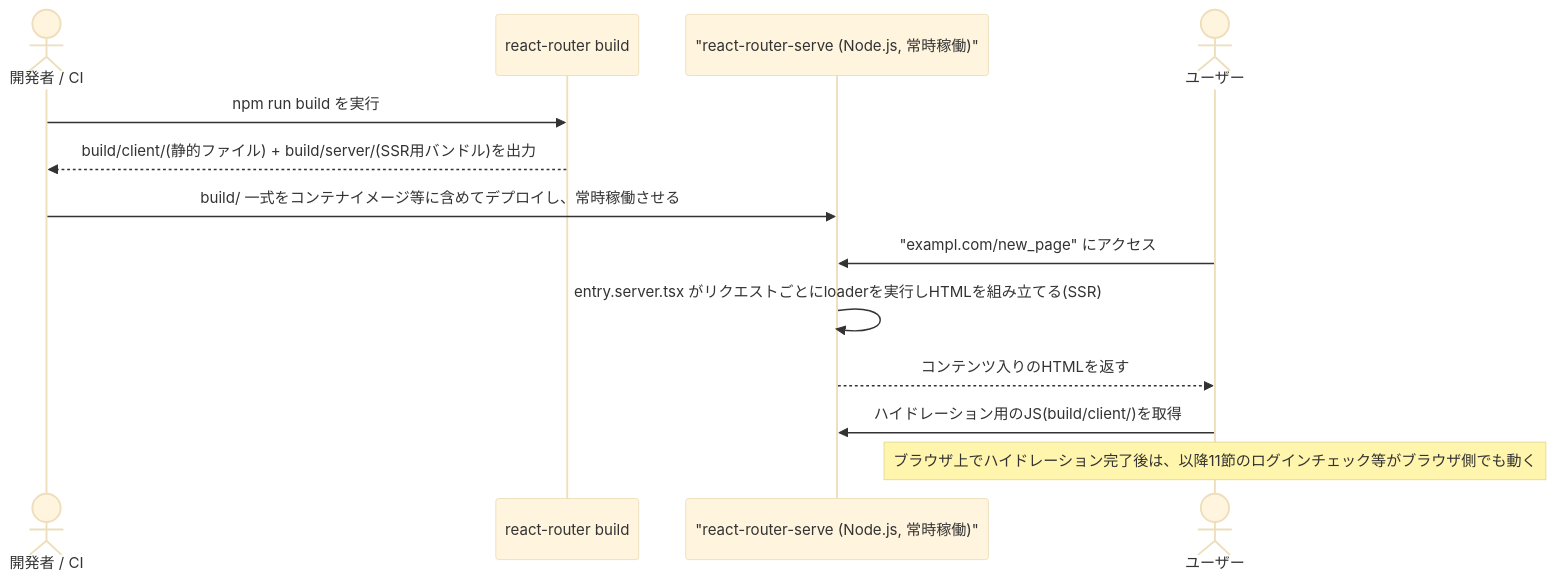
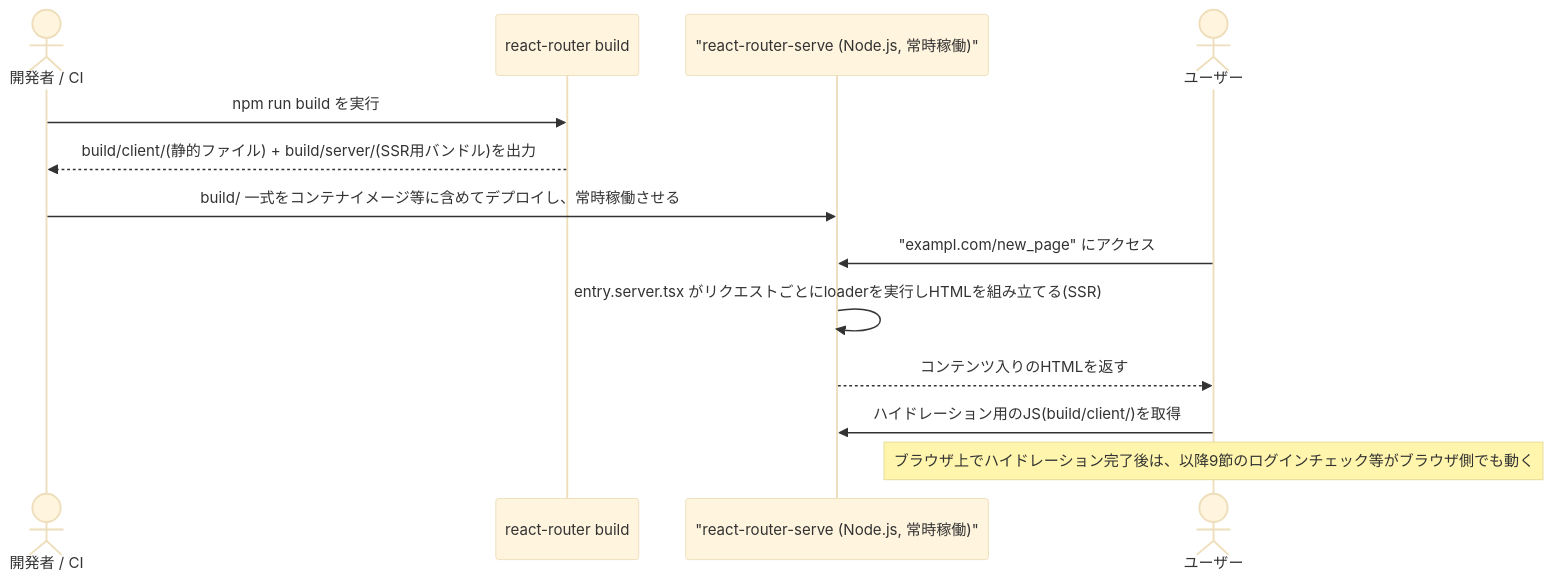
One commit to to0526/rr8-rails-poc changed the sixth of 6 diagrams in docs/frontend-guide-for-rails-engineers.md. Above: the diagram before and after it, drawn with Mermaid (base theme). The commit also changed other lines of this file, not shown here.

````diff
--- a/docs/frontend-guide-for-rails-engineers.md
+++ b/docs/frontend-guide-for-rails-engineers.md
@@ -896,17 +808,17 @@
 ```mermaid
 sequenceDiagram
     actor Dev as 開発者 / CI
     participant Build as react-router build
     participant Server as "react-router-serve (Node.js, 常時稼働)"
     actor User as ユーザー
 
     Dev->>Build: npm run build を実行
     Build-->>Dev: build/client/(静的ファイル) + build/server/(SSR用バンドル)を出力
     Dev->>Server: build/ 一式をコンテナイメージ等に含めてデプロイし、常時稼働させる
 
     User->>Server: "exampl.com/new_page" にアクセス
     Server->>Server: entry.server.tsx がリクエストごとにloaderを実行しHTMLを組み立てる(SSR)
     Server-->>User: コンテンツ入りのHTMLを返す
     User->>Server: ハイドレーション用のJS(build/client/)を取得
-    Note over User: ブラウザ上でハイドレーション完了後は、以降11節のログインチェック等がブラウザ側でも動く
+    Note over User: ブラウザ上でハイドレーション完了後は、以降9節のログインチェック等がブラウザ側でも動く
 ```
````
